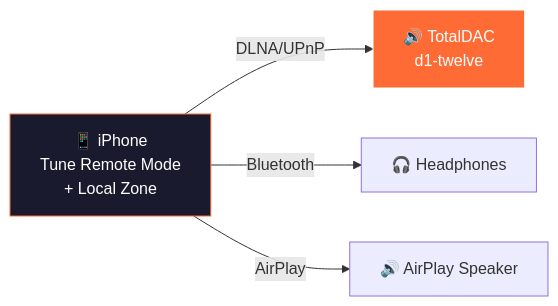
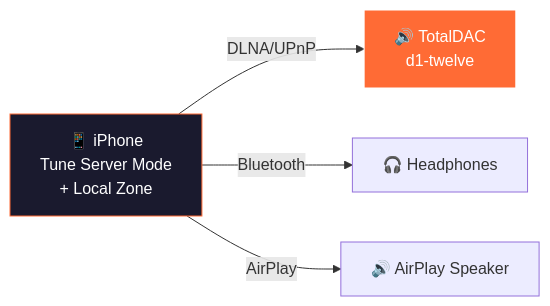
Before and after one commit to renesenses/tune-server-linux: the second of 15 diagrams in docs/tune-technical-presentation-totaldac.md, drawn with Mermaid. The commit also changed other lines of this file and 10 other files, not shown here.

````diff
--- a/docs/tune-technical-presentation-totaldac.md
+++ b/docs/tune-technical-presentation-totaldac.md
@@ -81,8 +81,8 @@
 ```mermaid
 graph LR
-    IP["📱 iPhone<br/>Tune Remote Mode<br/>+ Local Zone"] -->|DLNA/UPnP| DAC["🔊 TotalDAC<br/>d1-twelve"]
+    IP["📱 iPhone<br/>Tune Server Mode<br/>+ Local Zone"] -->|DLNA/UPnP| DAC["🔊 TotalDAC<br/>d1-twelve"]
     IP -->|Bluetooth| BT["🎧 Headphones"]
     IP -->|AirPlay| AP["🔊 AirPlay Speaker"]
     style IP fill:#1a1a2e,stroke:#ff6b35,color:#fff
     style DAC fill:#ff6b35,stroke:#fff,color:#fff
 ```
````
